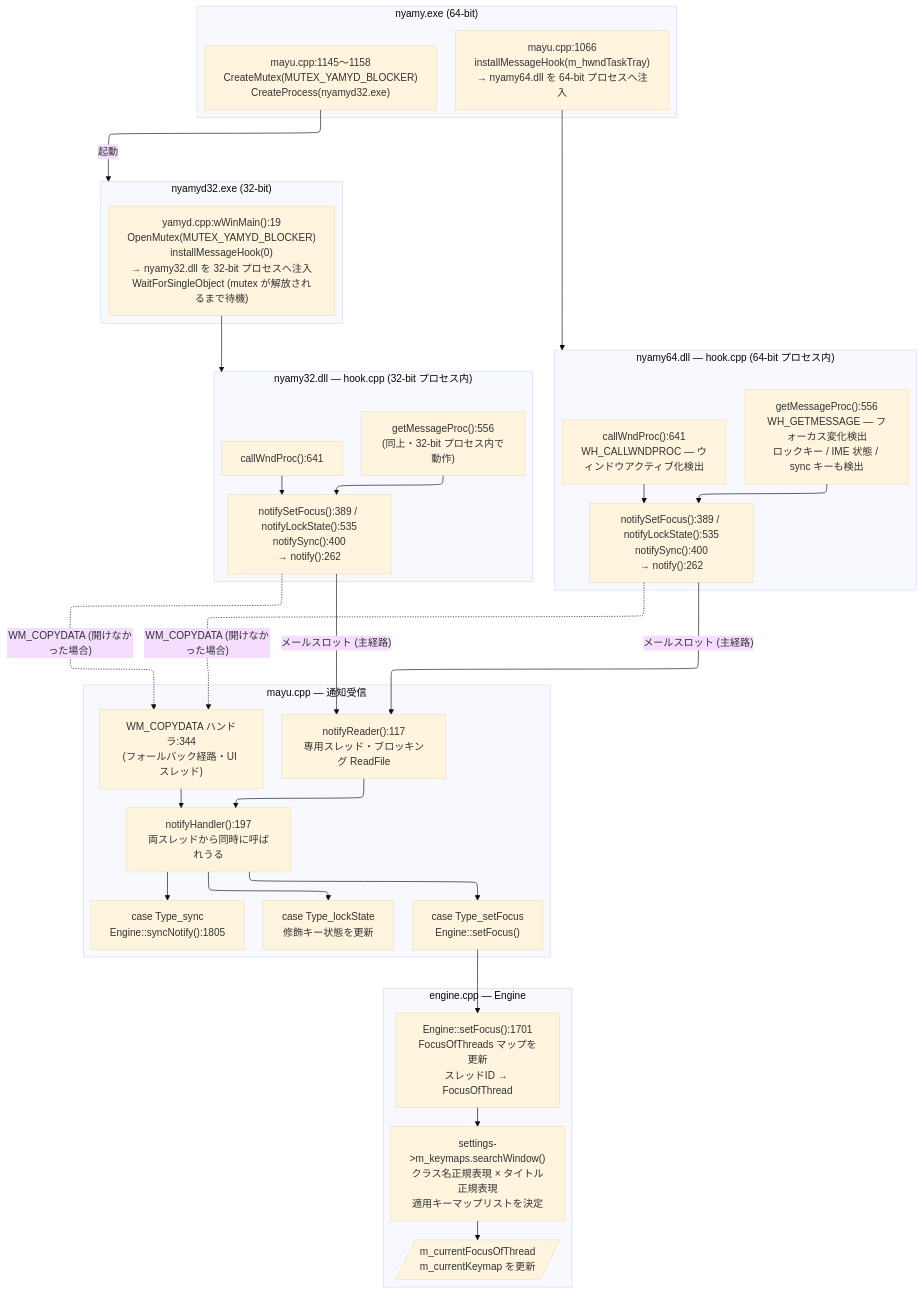
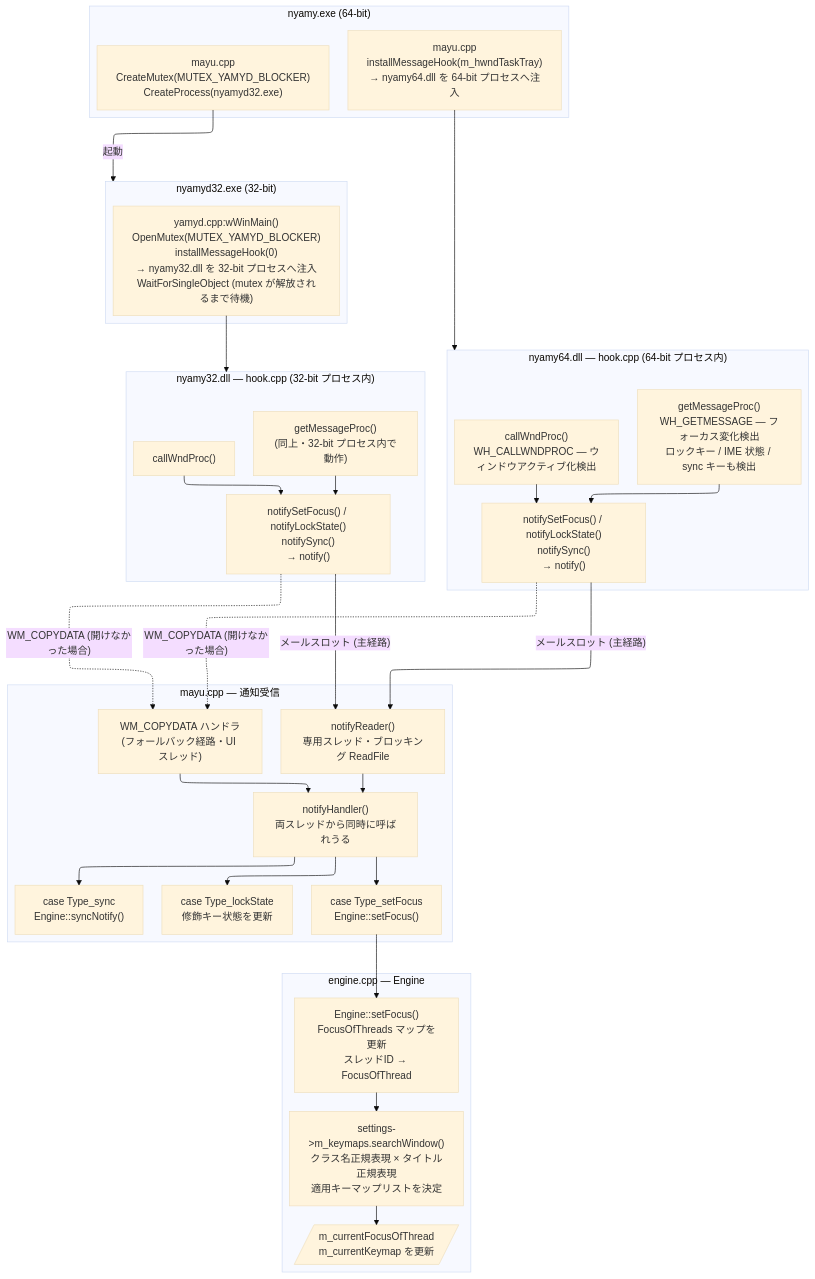
The second of 7 diagrams in doc/event-flow.md (vmi/nyamy), drawn with Mermaid (base theme) before and after one commit. The commit also changed other lines of this file and 6 other files, not shown here.

````diff
--- a/doc/event-flow.md
+++ b/doc/event-flow.md
@@ -146,63 +146,63 @@
 ```mermaid
 ---
 config:
   layout: elk
 ---
 flowchart TD
     subgraph proc_nyamy["nyamy.exe (64-bit)"]
-        INIT["mayu.cpp:1066<br>installMessageHook(m_hwndTaskTray)<br>→ nyamy64.dll を 64-bit プロセスへ注入"]
-        SPAWN["mayu.cpp:1145〜1158<br>CreateMutex(MUTEX_YAMYD_BLOCKER)<br>CreateProcess(nyamyd32.exe)"]
+        INIT["mayu.cpp<br>installMessageHook(m_hwndTaskTray)<br>→ nyamy64.dll を 64-bit プロセスへ注入"]
+        SPAWN["mayu.cpp<br>CreateMutex(MUTEX_YAMYD_BLOCKER)<br>CreateProcess(nyamyd32.exe)"]
     end
 
     subgraph proc_nyamyd["nyamyd32.exe (32-bit)"]
-        NYAMYD["yamyd.cpp:wWinMain():19<br>OpenMutex(MUTEX_YAMYD_BLOCKER)<br>installMessageHook(0)<br>→ nyamy32.dll を 32-bit プロセスへ注入<br>WaitForSingleObject (mutex が解放されるまで待機)"]
+        NYAMYD["yamyd.cpp:wWinMain()<br>OpenMutex(MUTEX_YAMYD_BLOCKER)<br>installMessageHook(0)<br>→ nyamy32.dll を 32-bit プロセスへ注入<br>WaitForSingleObject (mutex が解放されるまで待機)"]
     end
 
     subgraph hook_dll64["nyamy64.dll — hook.cpp (64-bit プロセス内)"]
-        A64["getMessageProc():556<br>WH_GETMESSAGE — フォーカス変化検出<br>ロックキー / IME 状態 / sync キーも検出"]
-        A264["callWndProc():641<br>WH_CALLWNDPROC — ウィンドウアクティブ化検出"]
-        B64["notifySetFocus():389 / notifyLockState():535<br>notifySync():400<br>→ notify():262"]
+        A64["getMessageProc()<br>WH_GETMESSAGE — フォーカス変化検出<br>ロックキー / IME 状態 / sync キーも検出"]
+        A264["callWndProc()<br>WH_CALLWNDPROC — ウィンドウアクティブ化検出"]
+        B64["notifySetFocus() / notifyLockState()<br>notifySync()<br>→ notify()"]
     end
 
     subgraph hook_dll32["nyamy32.dll — hook.cpp (32-bit プロセス内)"]
-        A32["getMessageProc():556<br>(同上・32-bit プロセス内で動作)"]
-        A232["callWndProc():641"]
-        B32["notifySetFocus():389 / notifyLockState():535<br>notifySync():400<br>→ notify():262"]
+        A32["getMessageProc()<br>(同上・32-bit プロセス内で動作)"]
+        A232["callWndProc()"]
+        B32["notifySetFocus() / notifyLockState()<br>notifySync()<br>→ notify()"]
     end
 
     subgraph mayu_recv["mayu.cpp — 通知受信"]
-        RD["notifyReader():117<br>専用スレッド・ブロッキング ReadFile"]
-        WCD["WM_COPYDATA ハンドラ:344<br>(フォールバック経路・UI スレッド)"]
-        NH["notifyHandler():197<br>両スレッドから同時に呼ばれうる"]
+        RD["notifyReader()<br>専用スレッド・ブロッキング ReadFile"]
+        WCD["WM_COPYDATA ハンドラ<br>(フォールバック経路・UI スレッド)"]
+        NH["notifyHandler()<br>両スレッドから同時に呼ばれうる"]
         NH_SF["case Type_setFocus<br>Engine::setFocus()"]
         NH_LS["case Type_lockState<br>修飾キー状態を更新"]
-        NH_SY["case Type_sync<br>Engine::syncNotify():1805"]
+        NH_SY["case Type_sync<br>Engine::syncNotify()"]
     end
 
     subgraph engine_focus["engine.cpp — Engine"]
-        C["Engine::setFocus():1701<br>FocusOfThreads マップを更新<br>スレッドID → FocusOfThread"]
+        C["Engine::setFocus()<br>FocusOfThreads マップを更新<br>スレッドID → FocusOfThread"]
         D["settings->m_keymaps.searchWindow()<br>クラス名正規表現 × タイトル正規表現<br>適用キーマップリストを決定"]
         E[/"m_currentFocusOfThread<br>m_currentKeymap を更新"/]
     end
 
     SPAWN -->|"起動"| proc_nyamyd
     INIT --> hook_dll64
     NYAMYD --> hook_dll32
 
     A64 --> B64
     A264 --> B64
     A32 --> B32
     A232 --> B32
 
     B64 -->|"メールスロット (主経路)"| RD
     B32 -->|"メールスロット (主経路)"| RD
     B64 -.->|"WM_COPYDATA (開けなかった場合)"| WCD
     B32 -.->|"WM_COPYDATA (開けなかった場合)"| WCD
 
     RD --> NH
     WCD --> NH
     NH --> NH_SF
     NH --> NH_LS
     NH --> NH_SY
     NH_SF --> C --> D --> E
 ```
````
